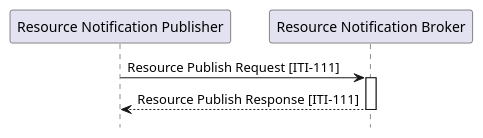
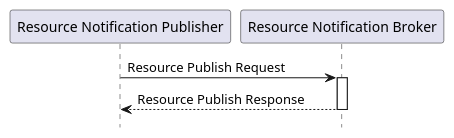
One commit to IHE/ITI.DSUBm changed the diagram in input/images-source/ITI-111-Publish-seq.plantuml. Above: the diagram before and after it, drawn with PlantUML. The commit also changed 5 other files, not shown here.

```diff
--- a/input/images-source/ITI-111-Publish-seq.plantuml
+++ b/input/images-source/ITI-111-Publish-seq.plantuml
@@ -1,14 +1,14 @@
 @startuml
 hide footbox
 
 participant "Resource Notification Publisher" as  Publisher
 participant "Resource Notification Broker" as  Broker
 
 
 
-Publisher -> Broker : Resource Publish Request [ITI-111]
+Publisher -> Broker : Resource Publish Request 
 activate Broker
-Broker --> Publisher : Resource Publish Response [ITI-111]
+Broker --> Publisher : Resource Publish Response 
 deactivate Broker
 
 @enduml
```
